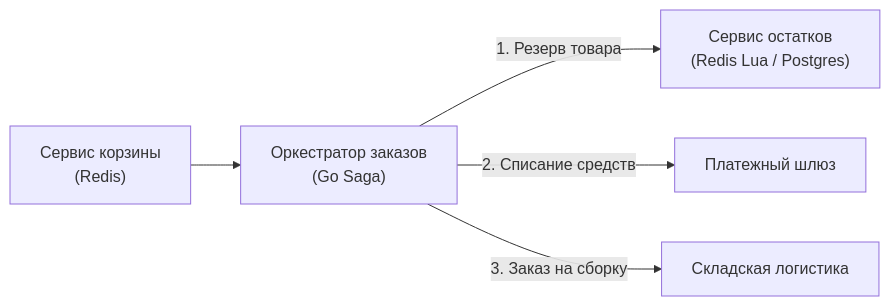
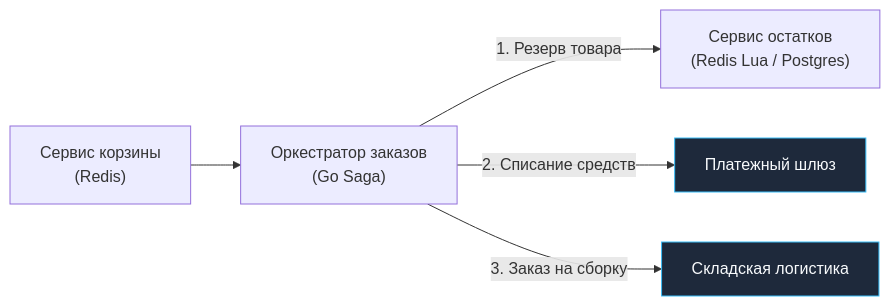
One commit to UnrealTemplier/go-textbook changed the eighth of 10 diagrams in sources/11. Архитектура и System Design/52. Разбор типичных System Design задач.md. Above: the diagram before and after it, drawn with Mermaid. The commit also changed other lines of this file and 1666 other files, not shown here.

First line of the commit message:
feat(mermaid): add semantic color classDef to 1369 colorless flowchart/graph diagrams

````diff
--- a/sources/11. Архитектура и System Design/52. Разбор типичных System Design задач.md
+++ b/sources/11. Архитектура и System Design/52. Разбор типичных System Design задач.md
@@ -381,13 +451,23 @@
 ```mermaid
 flowchart LR
+    classDef process  fill:#1e293b,stroke:#38bdf8,stroke-width:1px,color:#f8fafc
+    classDef success  fill:#064e3b,stroke:#34d399,stroke-width:1px,color:#f8fafc
+    classDef error    fill:#7f1d1d,stroke:#f87171,stroke-width:1px,color:#f8fafc
+    classDef warning  fill:#78350f,stroke:#fbbf24,stroke-width:1px,color:#f8fafc
+    classDef entry    fill:#1e3a5f,stroke:#38bdf8,stroke-width:2px,color:#f8fafc
+    classDef aux      fill:#334155,stroke:#64748b,stroke-width:1px,color:#f8fafc
+    classDef system   fill:#312e81,stroke:#a78bfa,stroke-width:1px,color:#f8fafc
+    classDef data     fill:#132d29,stroke:#2dd4bf,stroke-width:1px,color:#f8fafc
+    classDef network  fill:#881337,stroke:#fb7185,stroke-width:1px,color:#f8fafc
+    classDef accent   fill:#1e1b4b,stroke:#818cf8,stroke-width:1px,color:#f8fafc
     CartSvc["Сервис корзины<br>(Redis)"]
     OrderSvc["Оркестратор заказов<br>(Go Saga)"]
     Inventory["Сервис остатков<br>(Redis Lua / Postgres)"]
-    Payment["Платежный шлюз"]
-    Warehouse["Складская логистика"]
+    Payment["Платежный шлюз"]:::process
+    Warehouse["Складская логистика"]:::process
 
     CartSvc --> OrderSvc
     OrderSvc -->|"1. Резерв товара"| Inventory
     OrderSvc -->|"2. Списание средств"| Payment
     OrderSvc -->|"3. Заказ на сборку"| Warehouse
 ```
````
